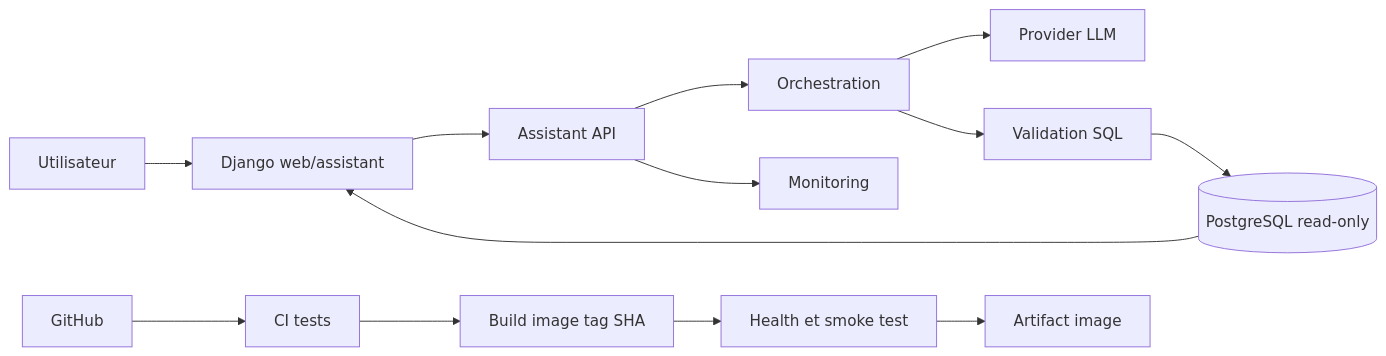
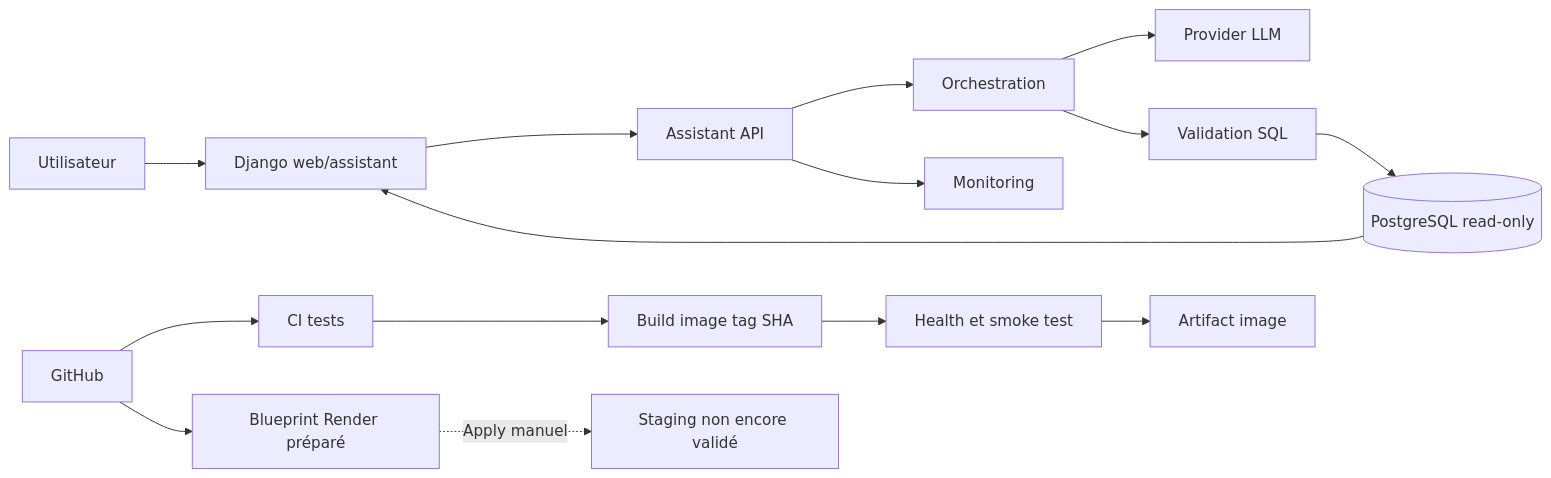
Before and after one commit to ludivineRB/surendettement_analyse: the diagram in docs/e3/README.md, drawn with Mermaid. The commit also changed other lines of this file and 17 other files, not shown here.

````diff
--- a/docs/e3/README.md
+++ b/docs/e3/README.md
@@ -8,15 +8,17 @@
 ```mermaid
 flowchart LR
   U[Utilisateur] --> D[Django web/assistant]
   D --> A[Assistant API]
   A --> O[Orchestration]
   O --> L[Provider LLM]
   O --> V[Validation SQL]
   V --> P[(PostgreSQL read-only)]
   P --> D
   A --> M[Monitoring]
   G[GitHub] --> CI[CI tests]
   CI --> B[Build image tag SHA]
   B --> S[Health et smoke test]
   S --> R[Artifact image]
+  G --> RB[Blueprint Render préparé]
+  RB -. Apply manuel .-> ST[Staging non encore validé]
 ```
````
